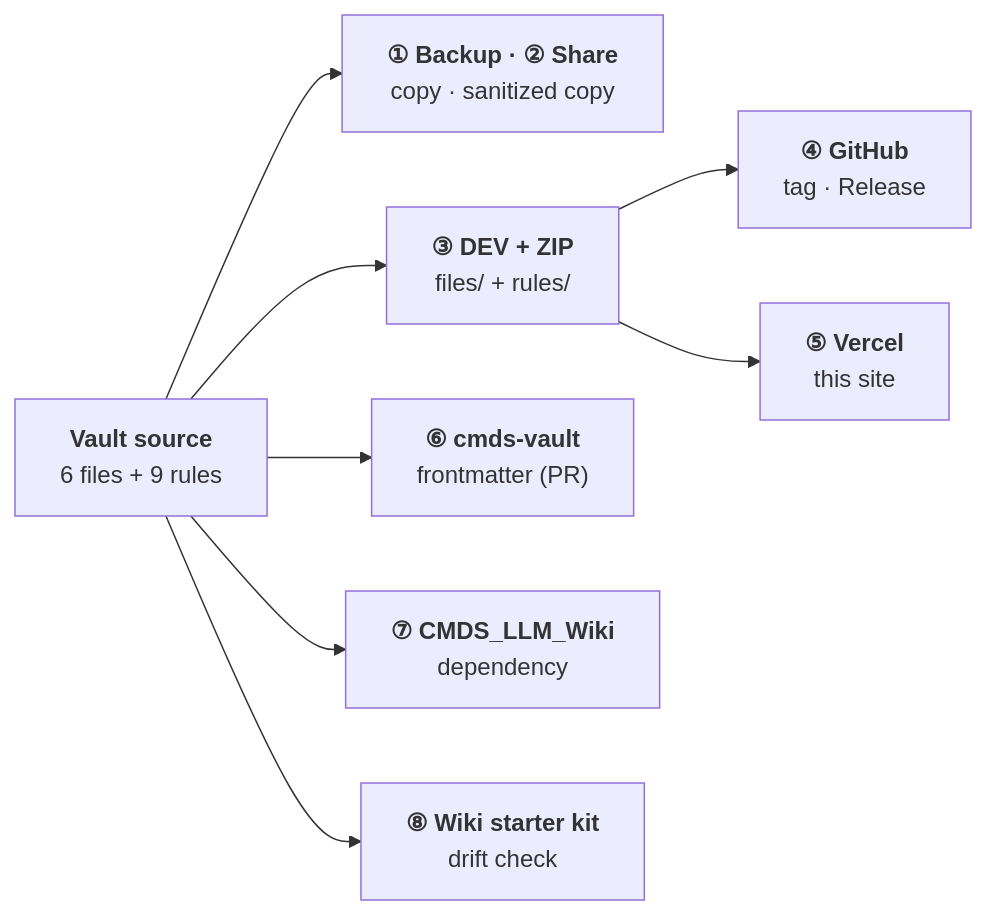
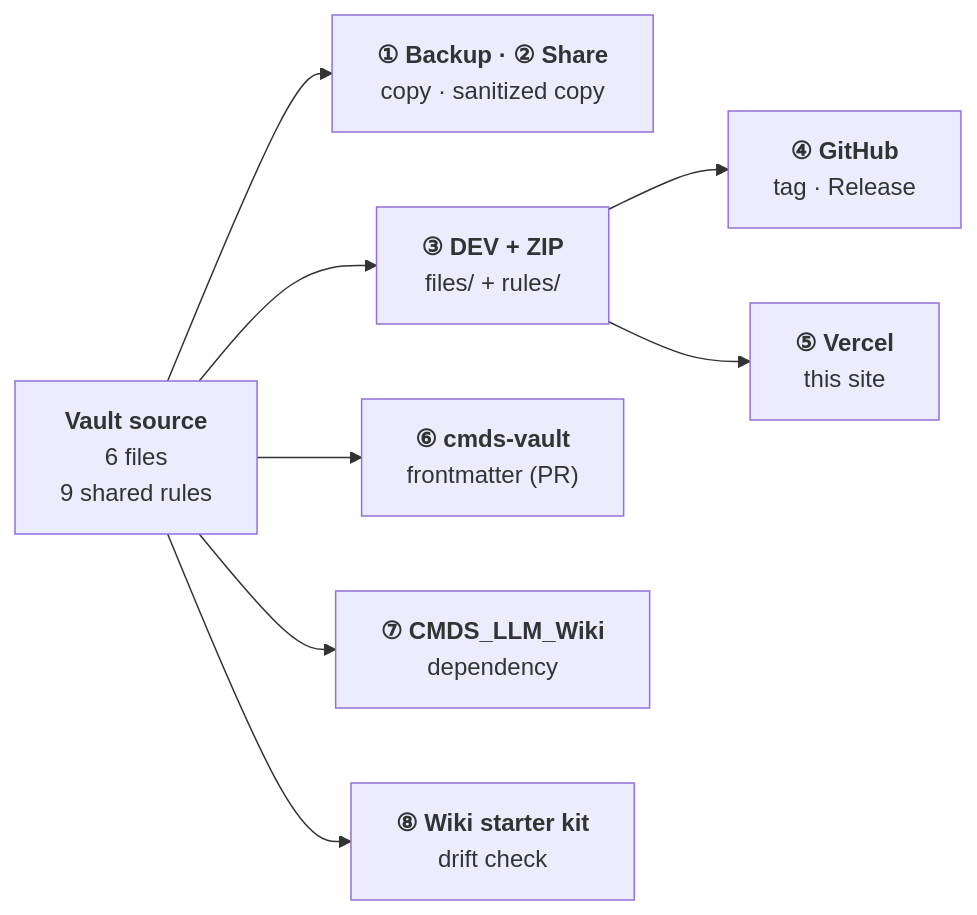
The diagram in diagrams/src/sync-fanout-en.md (johnfkoo951/cmds-system-files), drawn with Mermaid before and after one commit. The commit also changed 20 other files, not shown here.

Commit message:
site: diagrams after reviewer pass (tighter labels, one-sentence captions, who-reads-what as flowchart) + copy refresh

````diff
--- a/diagrams/src/sync-fanout-en.md
+++ b/diagrams/src/sync-fanout-en.md
@@ -1,30 +1,31 @@
 ```mermaid
 flowchart LR
 %% @name: sync-fanout-en
 %% @alt: One vault source fans out to eight destinations: a backup and a sanitized share copy in the vault, the DEV folder with ZIP, and from that folder a GitHub push with tag and Release and the Vercel deploy that serves this site; three satellites, cmds-vault, CMDS_LLM_Wiki and the LLM Wiki starter kit, are checked for drift.
 %% @key: V, B5
 %% @aux: S6, S7, S8
   V["`**Vault source**
-6 files + 9 rules`"]
+6 files
+9 shared rules`"]
   B12["`**① Backup · ② Share**
 copy · sanitized copy`"]
   B3["`**③ DEV + ZIP**
 files/ + rules/`"]
   B4["`**④ GitHub**
 tag · Release`"]
   B5["`**⑤ Vercel**
 this site`"]
   S6["`**⑥ cmds-vault**
 frontmatter (PR)`"]
   S7["`**⑦ CMDS_LLM_Wiki**
 dependency`"]
   S8["`**⑧ Wiki starter kit**
 drift check`"]
   V --> B12
   V --> B3
   B3 --> B4
   B3 --> B5
   V --> S6
   V --> S7
   V --> S8
 ```
````
